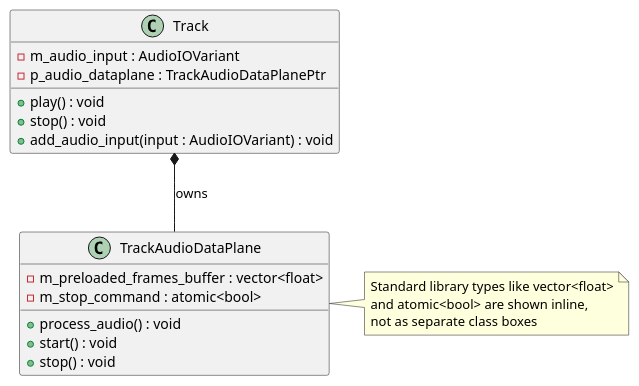
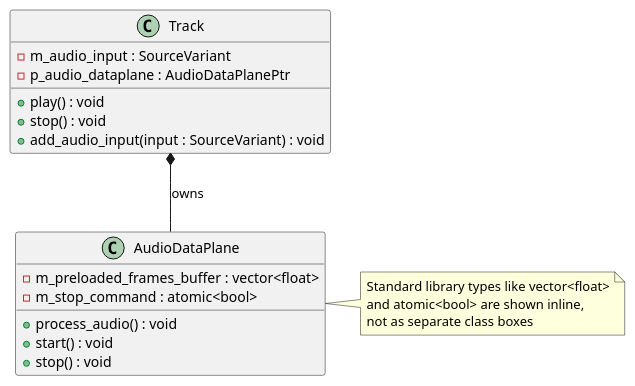
The second of 2 diagrams in .github/agents/PlantUML.agent.md (aidan-clyens/miniaudioengine), drawn with PlantUML before and after one commit. The commit also changed other lines of this file and 7 other files, not shown here.

````diff
--- a/.github/agents/PlantUML.agent.md
+++ b/.github/agents/PlantUML.agent.md
@@ -207,27 +207,27 @@
 ```plantuml
 @startuml
 class Track {
-  - m_audio_input : AudioIOVariant
-  - p_audio_dataplane : TrackAudioDataPlanePtr
+  - m_audio_input : SourceVariant
+  - p_audio_dataplane : AudioDataPlanePtr
   + play() : void
   + stop() : void
-  + add_audio_input(input : AudioIOVariant) : void
+  + add_audio_input(input : SourceVariant) : void
 }
 
-class TrackAudioDataPlane {
+class AudioDataPlane {
   - m_preloaded_frames_buffer : vector<float>
   - m_stop_command : atomic<bool>
   + process_audio() : void
   + start() : void
   + stop() : void
 }
 
-Track *-- TrackAudioDataPlane : owns
+Track *-- AudioDataPlane : owns
 
-note right of TrackAudioDataPlane
+note right of AudioDataPlane
   Standard library types like vector<float>
   and atomic<bool> are shown inline,
   not as separate class boxes
 end note
 @enduml
 ```
````
